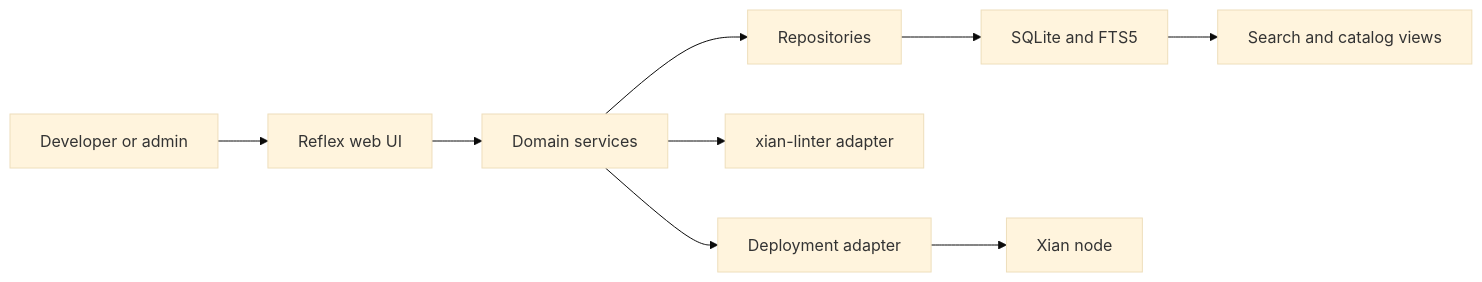
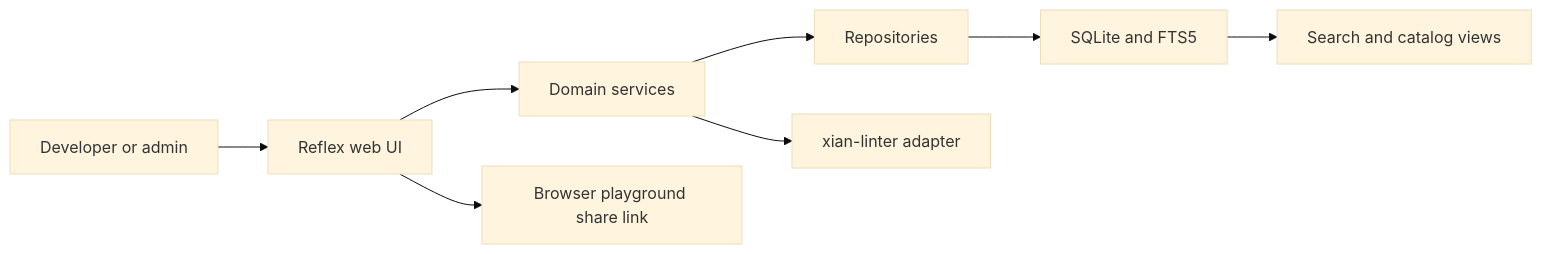
One commit to xian-technology/xian-contracting-hub-web changed the diagram in README.md. Above: the diagram before and after it, drawn with Mermaid (base theme). The commit also changed other lines of this file and 76 other files, not shown here.

First line of the commit message:
Open catalog source in the browser Playground

````diff
--- a/README.md
+++ b/README.md
@@ -13,11 +12,10 @@
 ```mermaid
 flowchart LR
   Developer["Developer or admin"] --> UI["Reflex web UI"]
   UI --> Services["Domain services"]
   Services --> Repositories["Repositories"]
   Repositories --> SQLite["SQLite and FTS5"]
   Services --> Linter["xian-linter adapter"]
-  Services --> Deploy["Deployment adapter"]
-  Deploy --> Node["Xian node"]
+  UI --> Playground["Browser playground share link"]
   SQLite --> Search["Search and catalog views"]
 ```
````
